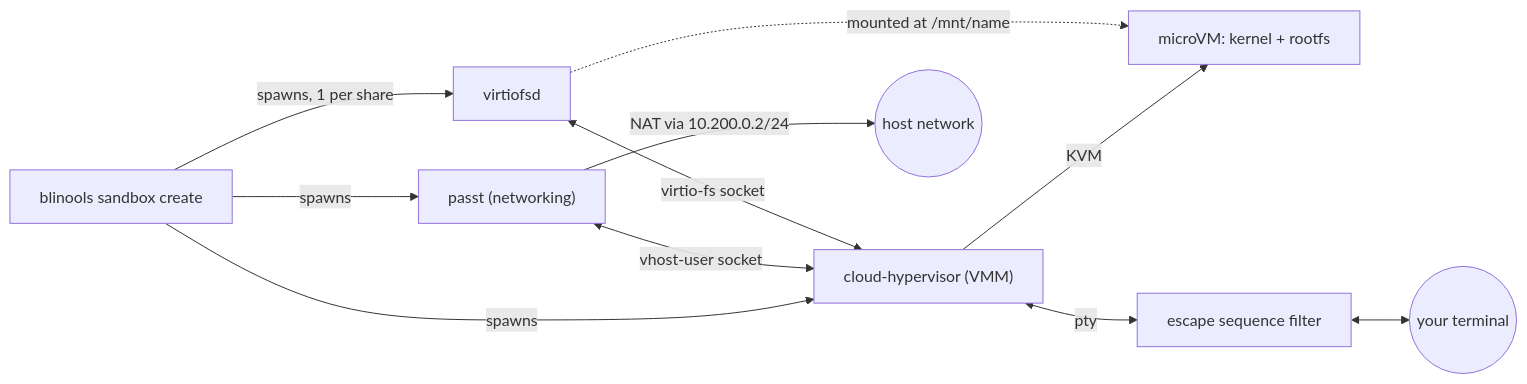
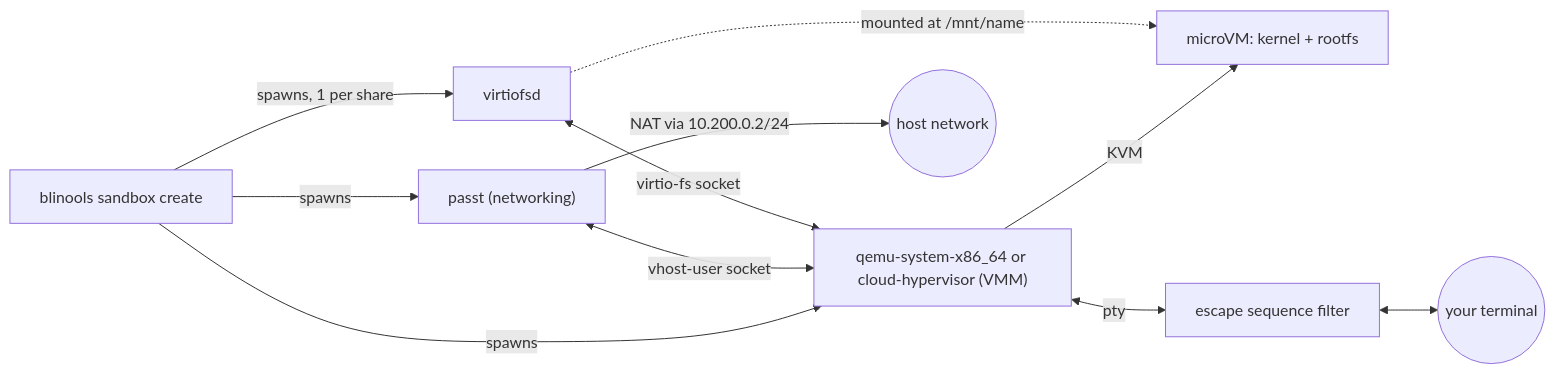
Before and after one commit to blinxen/blinools: the diagram in docs/sandbox_architecture.md, drawn with Mermaid. The commit also changed other lines of this file and 1 other file, not shown here.

````diff
--- a/docs/sandbox_architecture.md
+++ b/docs/sandbox_architecture.md
@@ -12,16 +12,16 @@
 ```mermaid
 flowchart LR
-    CLI["blinools sandbox create"] -->|spawns| CH["cloud-hypervisor (VMM)"]
+    CLI["blinools sandbox create"] -->|spawns| VMM["qemu-system-x86_64 or cloud-hypervisor (VMM)"]
     CLI -->|spawns| PASST["passt (networking)"]
     CLI -->|spawns, 1 per share| VFSD["virtiofsd"]
 
-    PASST <-->|vhost-user socket| CH
-    VFSD <-->|virtio-fs socket| CH
-    CH -->|KVM| VM["microVM: kernel + rootfs"]
+    PASST <-->|vhost-user socket| VMM
+    VFSD <-->|virtio-fs socket| VMM
+    VMM -->|KVM| VM["microVM: kernel + rootfs"]
 
-    CH <-->|pty| FILTER["escape sequence filter"]
+    VMM <-->|pty| FILTER["escape sequence filter"]
     FILTER <--> TERM(("your terminal"))
 
     PASST -->|NAT via 10.200.0.2/24| NET(("host network"))
     VFSD -.->|mounted at /mnt/name| VM
 ```
````
